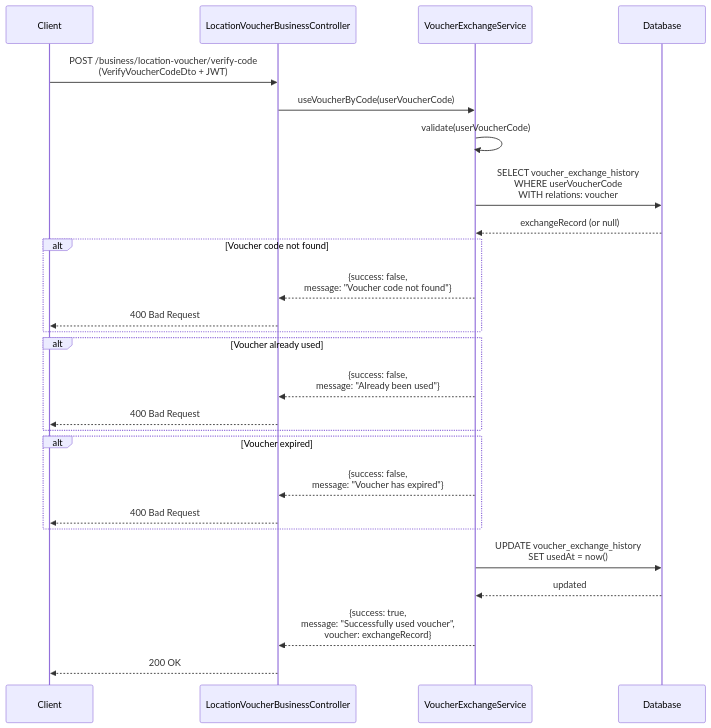
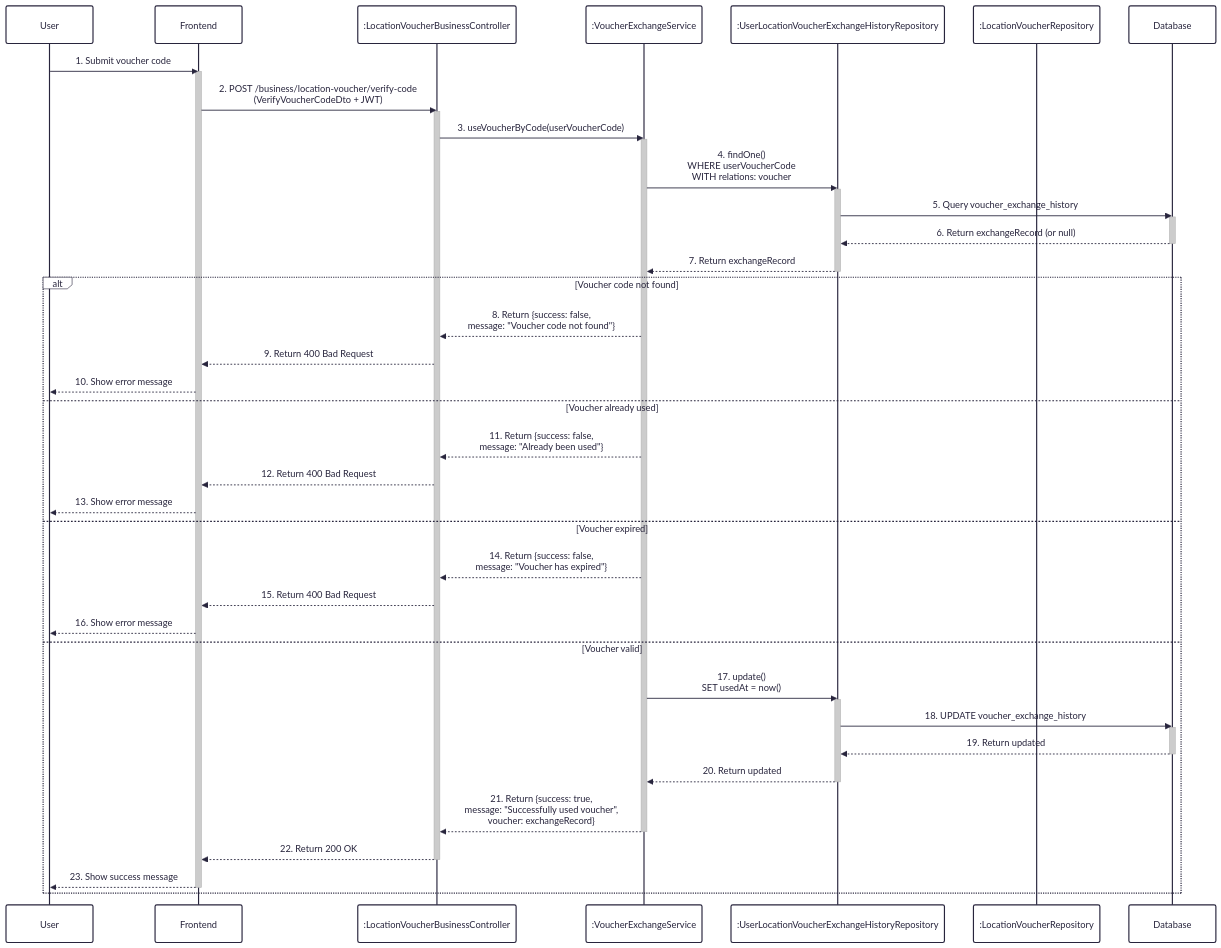
Before and after one commit to UrbanLens-2025/urban-lens_server: the sixth of 7 diagrams in docs/diagrams/sequence-diagrams.md, drawn with Mermaid. The commit also changed other lines of this file and 19 other files, not shown here.

Commit message:
sequence diagram

````diff
--- a/docs/diagrams/sequence-diagrams.md
+++ b/docs/diagrams/sequence-diagrams.md
@@ -279,35 +588,61 @@
 ```mermaid
+---
+config:
+  theme: redux
+  look: classic
+---
 sequenceDiagram
-    participant Client
-    participant VoucherController as LocationVoucherBusinessController
-    participant VoucherService as VoucherExchangeService
+    participant User
+    participant Frontend
+    participant VoucherController as :LocationVoucherBusinessController
+    participant VoucherService as :VoucherExchangeService
+    participant ExchangeHistoryRepo as :UserLocationVoucherExchangeHistoryRepository
+    participant VoucherRepo as :LocationVoucherRepository
     participant Database
 
-    Client->>VoucherController: POST /business/location-voucher/verify-code<br/>(VerifyVoucherCodeDto + JWT)
-    VoucherController->>VoucherService: useVoucherByCode(userVoucherCode)
+    User->>Frontend: 1. Submit voucher code
+    activate Frontend
+    Frontend->>VoucherController: 2. POST /business/location-voucher/verify-code<br/>(VerifyVoucherCodeDto + JWT)
+    activate VoucherController
+    VoucherController->>VoucherService: 3. useVoucherByCode(userVoucherCode)
+    activate VoucherService
 
-    VoucherService->>VoucherService: validate(userVoucherCode)
-    VoucherService->>Database: SELECT voucher_exchange_history<br/>WHERE userVoucherCode<br/>WITH relations: voucher
-    Database-->>VoucherService: exchangeRecord (or null)
+    VoucherService->>ExchangeHistoryRepo: 4. findOne()<br/>WHERE userVoucherCode<br/>WITH relations: voucher
+    activate ExchangeHistoryRepo
+    ExchangeHistoryRepo->>Database: 5. Query voucher_exchange_history
+    activate Database
+    Database-->>ExchangeHistoryRepo: 6. Return exchangeRecord (or null)
+    deactivate Database
+    ExchangeHistoryRepo-->>VoucherService: 7. Return exchangeRecord
+    deactivate ExchangeHistoryRepo
 
     alt Voucher code not found
-        VoucherService-->>VoucherController: {success: false,<br/>message: "Voucher code not found"}
-        VoucherController-->>Client: 400 Bad Request
+        VoucherService-->>VoucherController: 8. Return {success: false,<br/>message: "Voucher code not found"}
+        VoucherController-->>Frontend: 9. Return 400 Bad Request
+        Frontend-->>User: 10. Show error message
+    else Voucher already used
+        VoucherService-->>VoucherController: 11. Return {success: false,<br/>message: "Already been used"}
+        VoucherController-->>Frontend: 12. Return 400 Bad Request
+        Frontend-->>User: 13. Show error message
+    else Voucher expired
+        VoucherService-->>VoucherController: 14. Return {success: false,<br/>message: "Voucher has expired"}
+        VoucherController-->>Frontend: 15. Return 400 Bad Request
+        Frontend-->>User: 16. Show error message
+    else Voucher valid
+        VoucherService->>ExchangeHistoryRepo: 17. update()<br/>SET usedAt = now()
+        activate ExchangeHistoryRepo
+        ExchangeHistoryRepo->>Database: 18. UPDATE voucher_exchange_history
+        activate Database
+        Database-->>ExchangeHistoryRepo: 19. Return updated
+        deactivate Database
+        ExchangeHistoryRepo-->>VoucherService: 20. Return updated
+        deactivate ExchangeHistoryRepo
+
+        VoucherService-->>VoucherController: 21. Return {success: true,<br/>message: "Successfully used voucher",<br/>voucher: exchangeRecord}
+        deactivate VoucherService
+        VoucherController-->>Frontend: 22. Return 200 OK
+        deactivate VoucherController
+        Frontend-->>User: 23. Show success message
+        deactivate Frontend
     end
-
-    alt Voucher already used
-        VoucherService-->>VoucherController: {success: false,<br/>message: "Already been used"}
-        VoucherController-->>Client: 400 Bad Request
-    end
-
-    alt Voucher expired
-        VoucherService-->>VoucherController: {success: false,<br/>message: "Voucher has expired"}
-        VoucherController-->>Client: 400 Bad Request
-    end
-
-    VoucherService->>Database: UPDATE voucher_exchange_history<br/>SET usedAt = now()
-    Database-->>VoucherService: updated
-
-    VoucherService-->>VoucherController: {success: true,<br/>message: "Successfully used voucher",<br/>voucher: exchangeRecord}
-    VoucherController-->>Client: 200 OK
 ```
````
